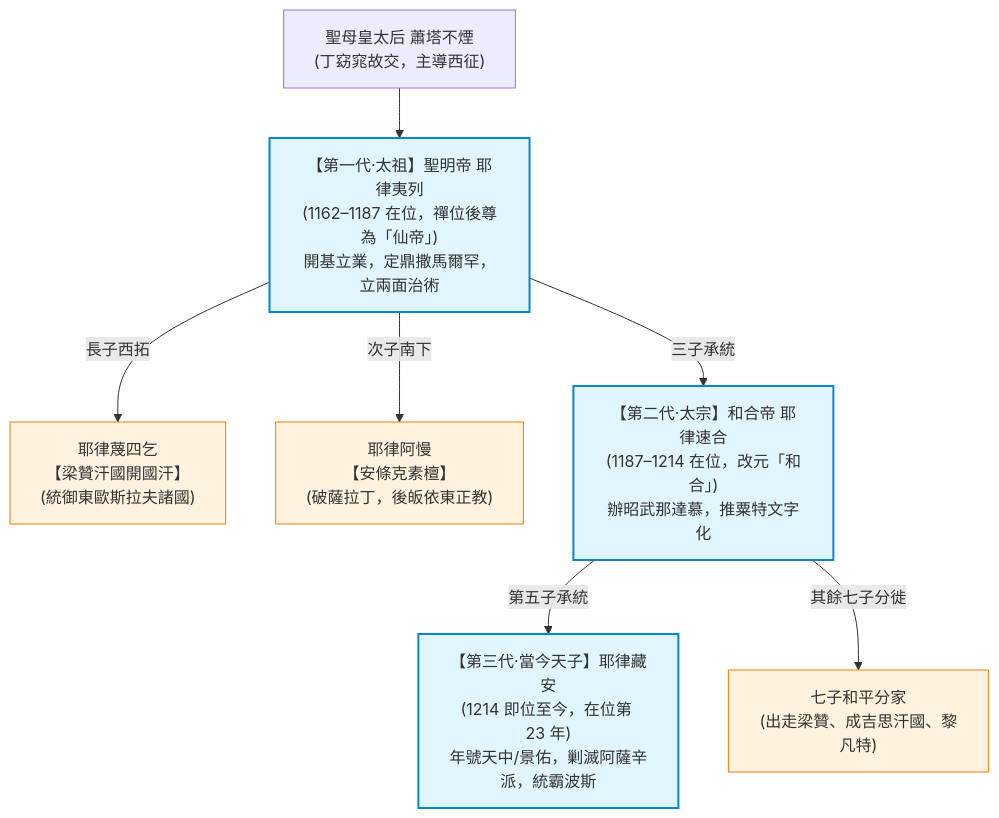
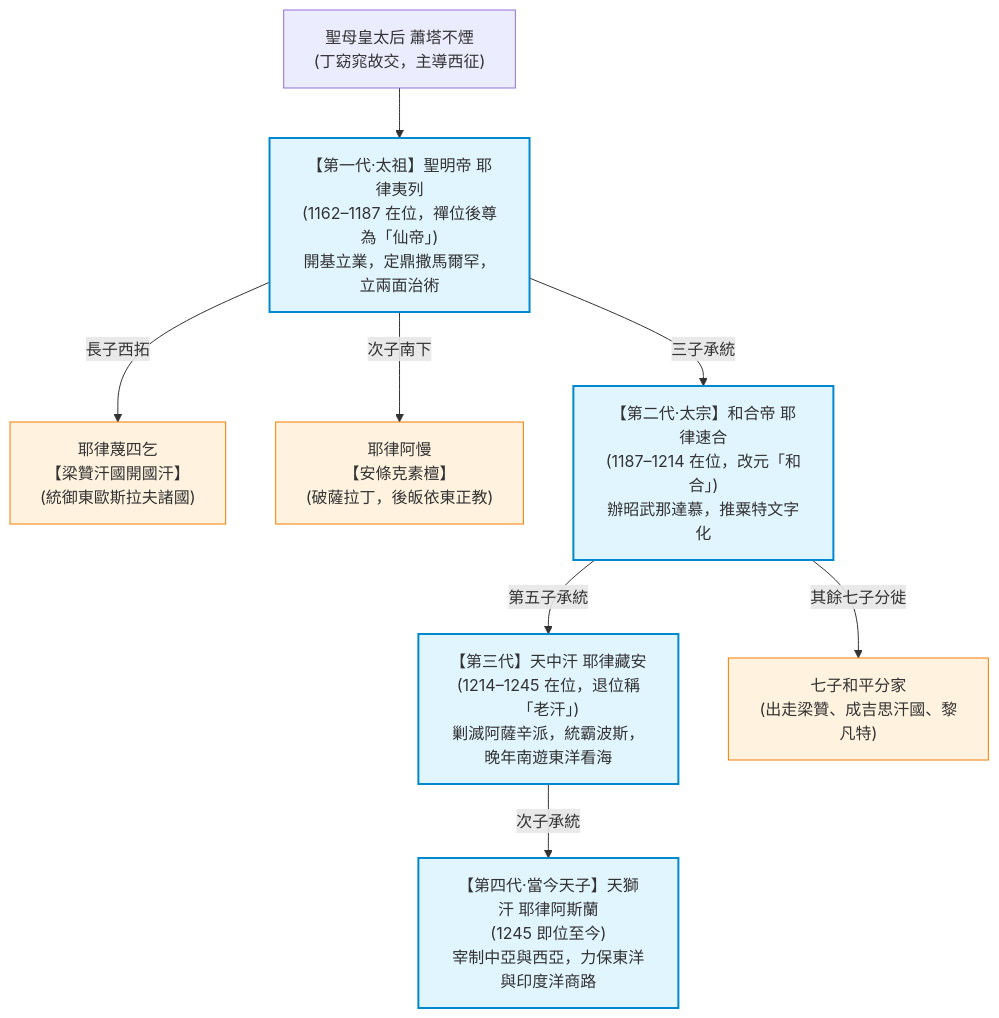
One commit to GJRobert/green-umin changed the diagram in content/昭武.md. Above: the diagram before and after it, drawn with Mermaid. The commit also changed other lines of this file and 2 other files, not shown here.

````diff
--- a/content/昭武.md
+++ b/content/昭武.md
@@ -73,16 +73,18 @@
 ```mermaid
 flowchart TD
     classDef emperor fill:#e1f5fe,stroke:#0288d1,stroke-width:2px;
     classDef branch fill:#fff3e0,stroke:#f57c00,stroke-width:1px;
 
     Tabyan["聖母皇太后 蕭塔不煙<br/>(丁窈窕故交，主導西征)"] --> Yilie
 
     Yilie["【第一代·太祖】聖明帝 耶律夷列<br/>(1162–1187 在位，禪位後尊為「仙帝」)<br/>開基立業，定鼎撒馬爾罕，立兩面治術"]:::emperor
     
     Yilie -->|"長子西拓"| Miesihei["耶律蔑四乞<br/>【梁贊汗國開國汗】<br/>(統御東歐斯拉夫諸國)"]:::branch
     Yilie -->|"次子南下"| Aman["耶律阿慢<br/>【安條克素檀】<br/>(破薩拉丁，後皈依東正教)"]:::branch
     Yilie -->|"三子承統"| Suhe["【第二代·太宗】和合帝 耶律速合<br/>(1187–1214 在位，改元「和合」)<br/>辦昭武那達慕，推粟特文字化"]:::emperor
 
-    Suhe -->|"第五子承統"| ZangAn["【第三代·當今天子】耶律藏安<br/>(1214 即位至今，在位第 23 年)<br/>年號天中/景佑，剿滅阿薩辛派，統霸波斯"]:::emperor
+    Suhe -->|"第五子承統"| ZangAn["【第三代】天中汗 耶律藏安<br/>(1214–1245 在位，退位稱「老汗」)<br/>剿滅阿薩辛派，統霸波斯，晚年南遊東洋看海"]:::emperor
     Suhe -->|"其餘七子分徙"| Diaspora["七子和平分家<br/>(出走梁贊、成吉思汗國、黎凡特)"]:::branch
+
+    ZangAn -->|"次子承統"| Arslan["【第四代·當今天子】天獅汗 耶律阿斯蘭<br/>(1245 即位至今)<br/>宰制中亞與西亞，力保東洋與印度洋商路"]:::emperor
 ```
````
